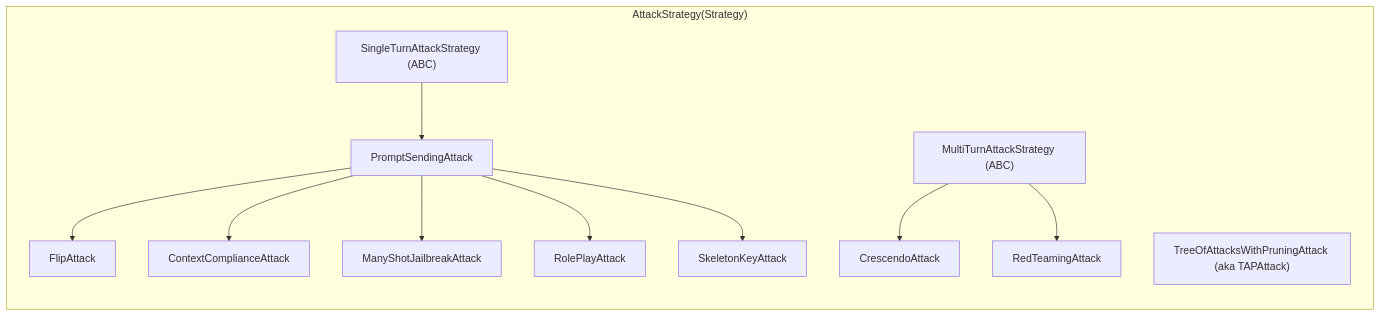
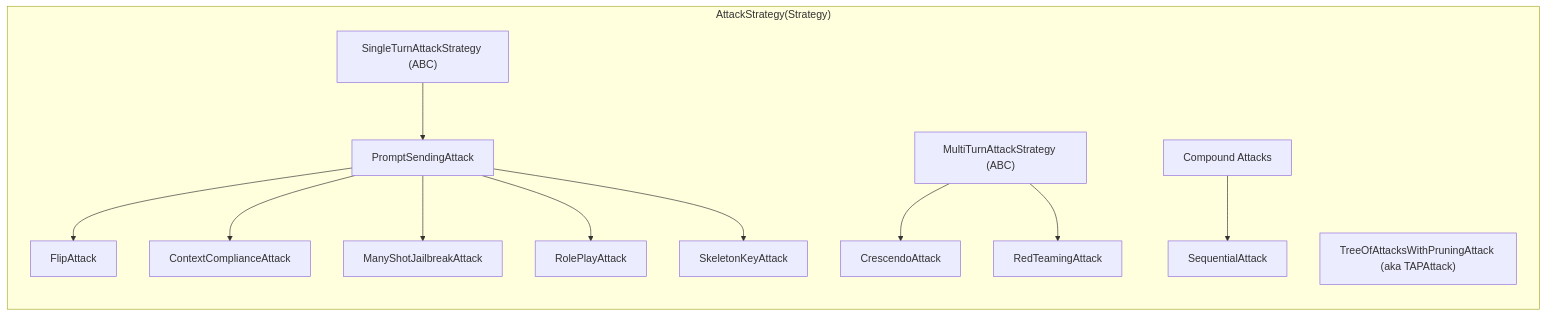
One commit to riedgar-ms/PyRIT changed the second of 5 diagrams in doc/code/executor/attack/0_attack.md. Above: the diagram before and after it, drawn with Mermaid. The commit also changed other lines of this file and 11 other files, not shown here.

Commit message:
FEAT add StrategySequenceAttack compound attack primitive (#1819)

````diff
--- a/doc/code/executor/attack/0_attack.md
+++ b/doc/code/executor/attack/0_attack.md
@@ -34,26 +36,29 @@
 ```{mermaid}
 flowchart LR
     subgraph AttackStrategy["AttackStrategy(Strategy)"]
         S_psa1["FlipAttack"]
         S_psa2["ContextComplianceAttack"]
         S_psa3["ManyShotJailbreakAttack"]
         S_psa4["RolePlayAttack"]
         S_psa5["SkeletonKeyAttack"]
         S_psa["PromptSendingAttack"]
         S_single["SingleTurnAttackStrategy (ABC)"]
         S_c["CrescendoAttack"]
         S_r["RedTeamingAttack"]
         s_t["TreeOfAttacksWithPruningAttack (aka TAPAttack)"]
         S_multi["MultiTurnAttackStrategy (ABC)"]
+        S_seq["SequentialAttack"]
+        S_compound["Compound Attacks"]
     end
 
     S_psa --> S_psa1
     S_psa --> S_psa2
     S_psa --> S_psa3
     S_psa --> S_psa4
     S_psa --> S_psa5
     S_single --> S_psa
     S_multi --> S_c
     S_multi --> S_r
+    S_compound --> S_seq
 
 ```
````
